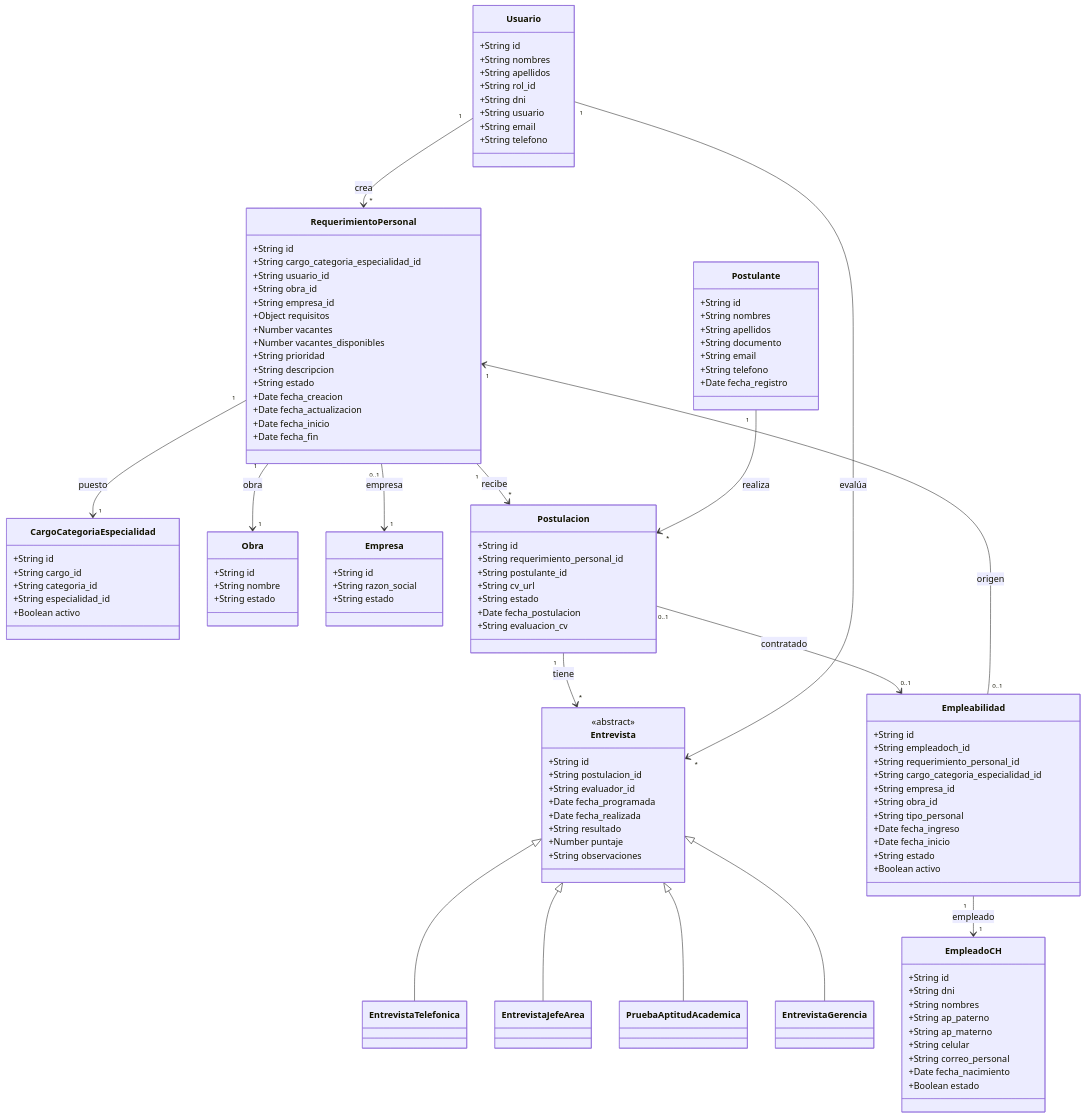
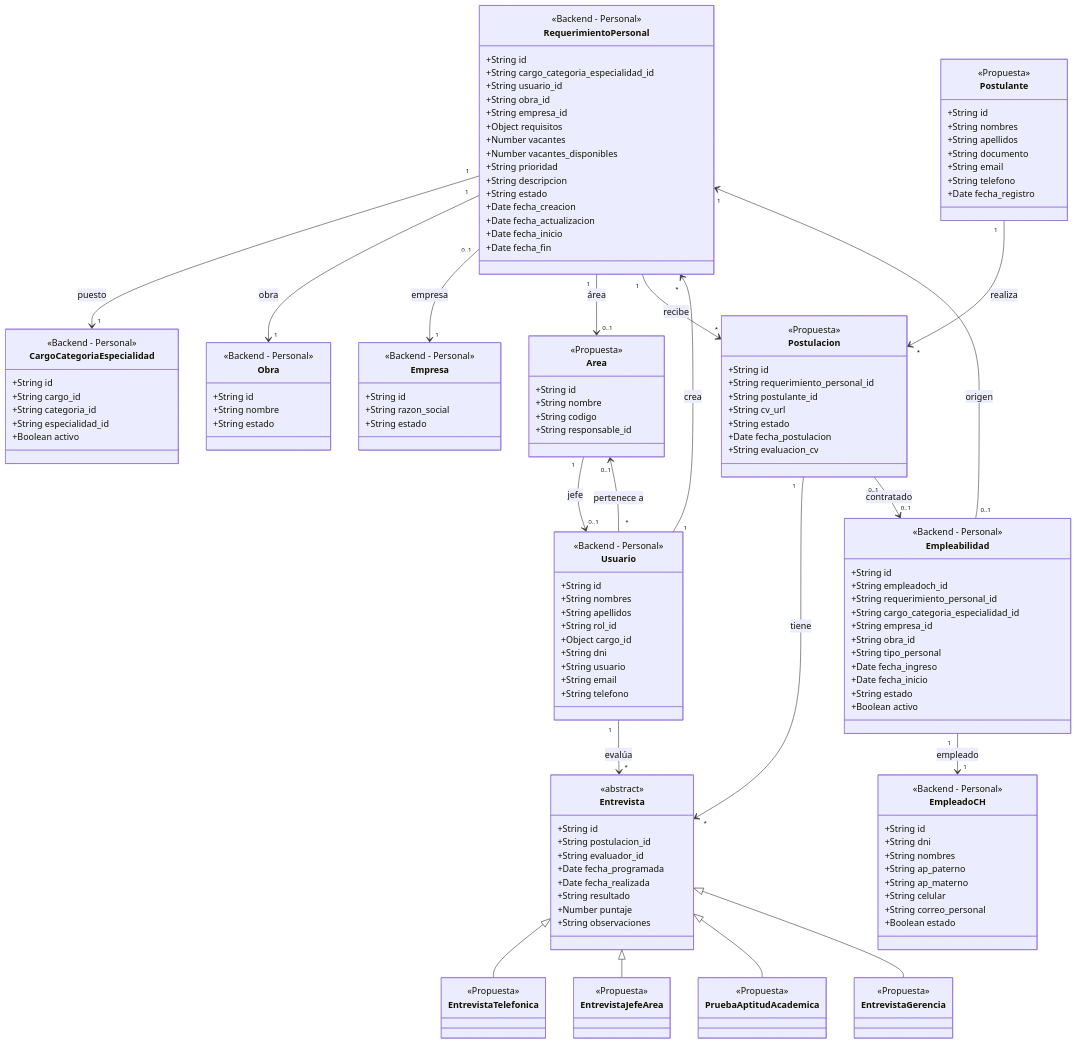
Before and after one commit to jefershon28/M.Convocatorias: the first of 4 diagrams in DIAGRAMA_CLASES_RECLUTAMIENTO.md, drawn with Mermaid. The commit also changed other lines of this file and 2 other files, not shown here.

Commit message:
Agregar diagramas secuencias, mejorar clases, modelo ER MongoDB

```diff
--- a/DIAGRAMA_CLASES_RECLUTAMIENTO.md
+++ b/DIAGRAMA_CLASES_RECLUTAMIENTO.md
@@ -23,8 +38,9 @@
 classDiagram
     direction TB
 
-    %% ============ ENTIDADES EXISTENTES ============
+    %% ============ BACKEND - EXISTENTES (Personal) ============
     class RequerimientoPersonal {
+        <<Backend - Personal>>
         +String id
         +String cargo_categoria_especialidad_id
         +String usuario_id
@@ -43,10 +59,12 @@
     }
 
     class Usuario {
+        <<Backend - Personal>>
         +String id
         +String nombres
         +String apellidos
         +String rol_id
+        +Object cargo_id
         +String dni
         +String usuario
         +String email
@@ -54,6 +72,7 @@
     }
 
     class CargoCategoriaEspecialidad {
+        <<Backend - Personal>>
         +String id
         +String cargo_id
         +String categoria_id
@@ -62,18 +81,21 @@
     }
 
     class Obra {
+        <<Backend - Personal>>
         +String id
         +String nombre
         +String estado
     }
 
     class Empresa {
+        <<Backend - Personal>>
         +String id
         +String razon_social
         +String estado
     }
 
     class EmpleadoCH {
+        <<Backend - Personal>>
         +String id
         +String dni
         +String nombres
@@ -81,11 +103,11 @@
         +String ap_materno
         +String celular
         +String correo_personal
-        +Date fecha_nacimiento
         +Boolean estado
     }
 
     class Empleabilidad {
+        <<Backend - Personal>>
         +String id
         +String empleadoch_id
         +String requerimiento_personal_id
@@ -99,8 +121,17 @@
         +Boolean activo
     }
 
-    %% ============ ENTIDADES PROPUESTAS ============
+    %% ============ PROPUESTAS (a implementar) ============
+    class Area {
+        <<Propuesta>>
+        +String id
+        +String nombre
+        +String codigo
+        +String responsable_id
+    }
+
     class Postulante {
+        <<Propuesta>>
         +String id
         +String nombres
         +String apellidos
@@ -111,6 +142,7 @@
     }
 
     class Postulacion {
+        <<Propuesta>>
         +String id
         +String requerimiento_personal_id
         +String postulante_id
@@ -120,9 +152,9 @@
         +String evaluacion_cv
     }
 
-    %% Entrevista base + subclases
     class Entrevista {
         <<abstract>>
+        <<Propuesta>>
         +String id
         +String postulacion_id
         +String evaluador_id
@@ -134,24 +166,28 @@
     }
 
     class EntrevistaTelefonica {
+        <<Propuesta>>
     }
 
     class EntrevistaJefeArea {
+        <<Propuesta>>
     }
 
     class PruebaAptitudAcademica {
+        <<Propuesta>>
     }
 
     class EntrevistaGerencia {
+        <<Propuesta>>
     }
 
-    %% ============ HERENCIA ENTREVISTAS ============
+    %% Herencia
     Entrevista <|-- EntrevistaTelefonica
     Entrevista <|-- EntrevistaJefeArea
     Entrevista <|-- PruebaAptitudAcademica
     Entrevista <|-- EntrevistaGerencia
 
-    %% ============ RELACIONES ============
+    %% Relaciones existentes
     Usuario "1" --> "*" RequerimientoPersonal : crea
     RequerimientoPersonal "1" --> "1" CargoCategoriaEspecialidad : puesto
     RequerimientoPersonal "1" --> "1" Obra : obra
@@ -159,6 +195,10 @@
     Empleabilidad "1" --> "1" EmpleadoCH : empleado
     Empleabilidad "0..1" --> "1" RequerimientoPersonal : origen
 
+    %% Relaciones propuestas
+    Usuario "*" --> "0..1" Area : pertenece a
+    Area "1" --> "0..1" Usuario : jefe
+    RequerimientoPersonal "1" --> "0..1" Area : área
     RequerimientoPersonal "1" --> "*" Postulacion : recibe
     Postulante "1" --> "*" Postulacion : realiza
     Postulacion "1" --> "*" Entrevista : tiene
```
